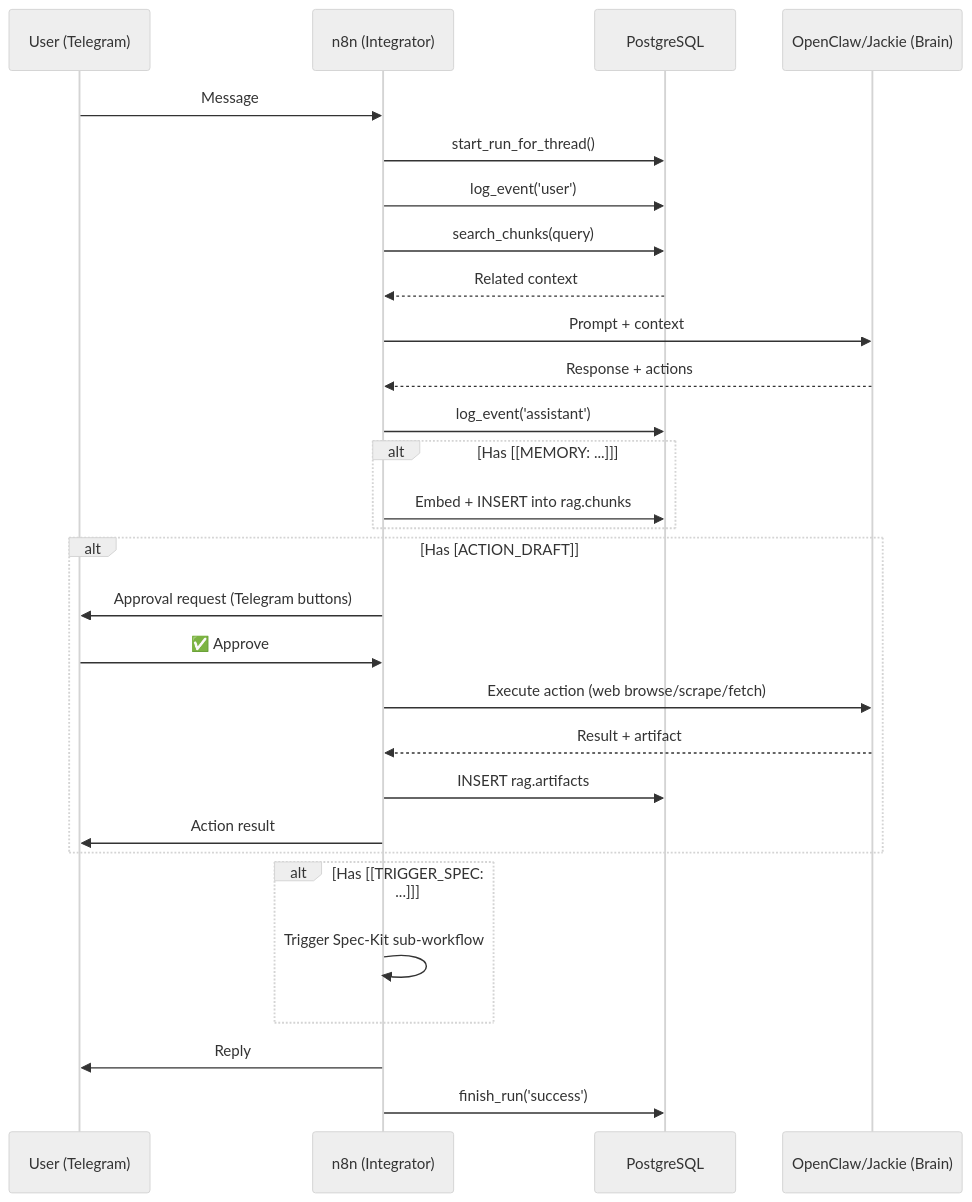
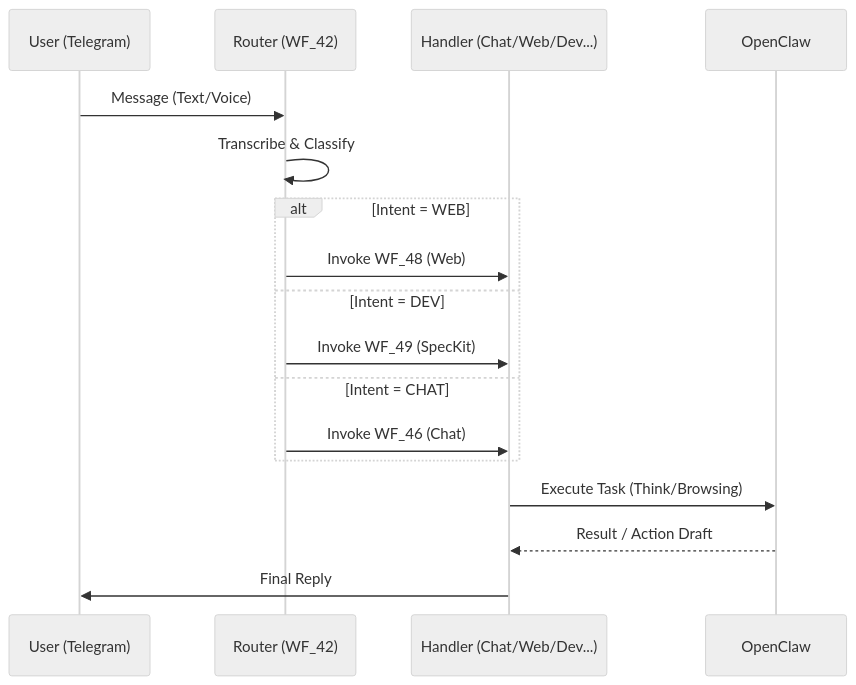
The first of 2 diagrams in ops/docs/ARCHITECTURE.md (HonzaHezina/janAGI), drawn with Mermaid (neutral theme) before and after one commit. The commit also changed other lines of this file and 2 other files, not shown here.

Commit message:
refactor(docs): update architecture and action draft protocol for clarity and structure

````diff
--- a/ops/docs/ARCHITECTURE.md
+++ b/ops/docs/ARCHITECTURE.md
@@ -213,36 +96,22 @@
 ```mermaid
 sequenceDiagram
     participant U as User (Telegram)
-    participant N as n8n (Integrator)
-    participant DB as PostgreSQL
-    participant AI as OpenClaw/Jackie (Brain)
+    participant R as Router (WF_42)
+    participant H as Handler (Chat/Web/Dev...)
+    participant AI as OpenClaw
 
-    U->>N: Message
-    N->>DB: start_run_for_thread()
-    N->>DB: log_event('user')
-    N->>DB: search_chunks(query)
-    DB-->>N: Related context
-    N->>AI: Prompt + context
-    AI-->>N: Response + actions
-    N->>DB: log_event('assistant')
+    U->>R: Message (Text/Voice)
+    R->>R: Transcribe & Classify
     
-    alt Has [[MEMORY: ...]]
-        N->>DB: Embed + INSERT into rag.chunks
+    alt Intent = WEB
+        R->>H: Invoke WF_48 (Web)
+    else Intent = DEV
+        R->>H: Invoke WF_49 (SpecKit)
+    else Intent = CHAT
+        R->>H: Invoke WF_46 (Chat)
     end
-    
-    alt Has [ACTION_DRAFT]
-        N->>U: Approval request (Telegram buttons)
-        U->>N: ✅ Approve
-        N->>AI: Execute action (web browse/scrape/fetch)
-        AI-->>N: Result + artifact
-        N->>DB: INSERT rag.artifacts
-        N->>U: Action result
-    end
-    
-    alt Has [[TRIGGER_SPEC: ...]]
-        N->>N: Trigger Spec-Kit sub-workflow
-    end
-    
-    N->>U: Reply
-    N->>DB: finish_run('success')
+
+    H->>AI: Execute Task (Think/Browsing)
+    AI-->>H: Result / Action Draft
+    H->>U: Final Reply
 ```
````
